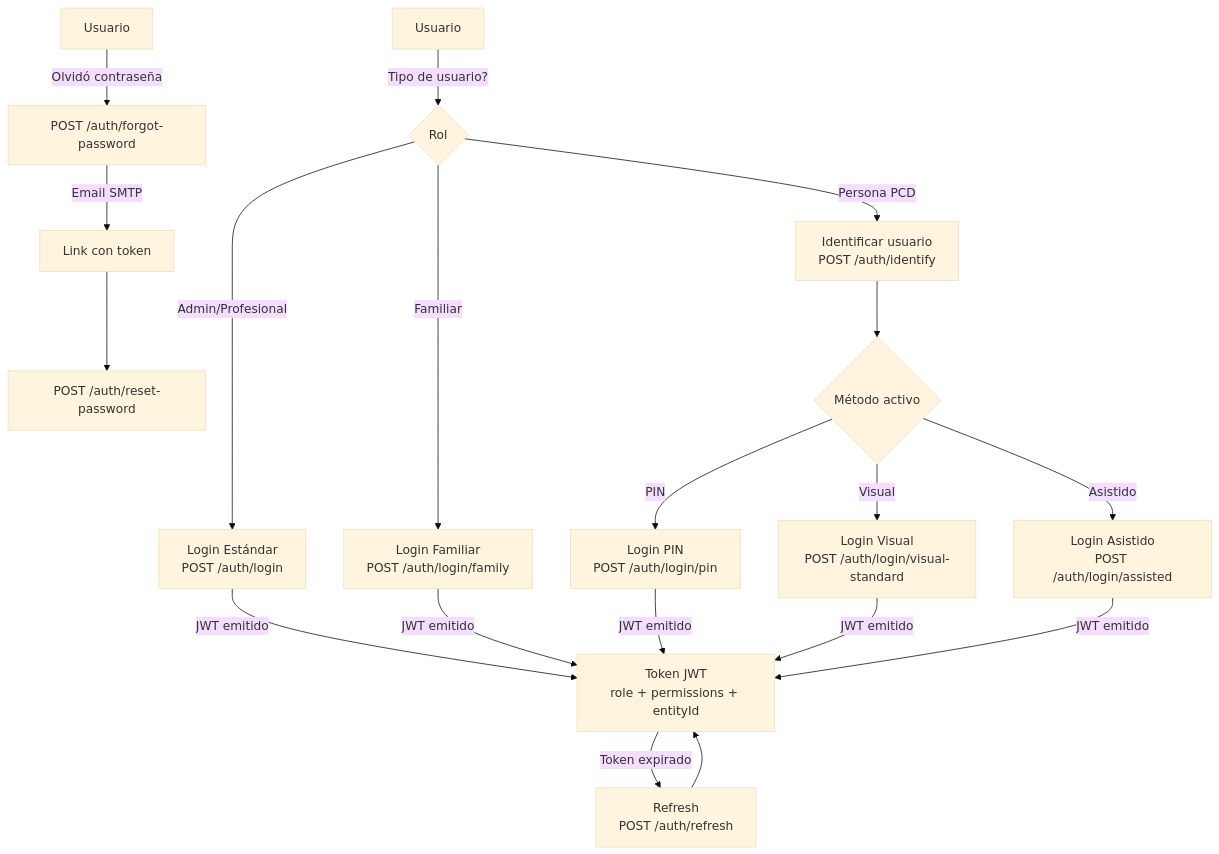
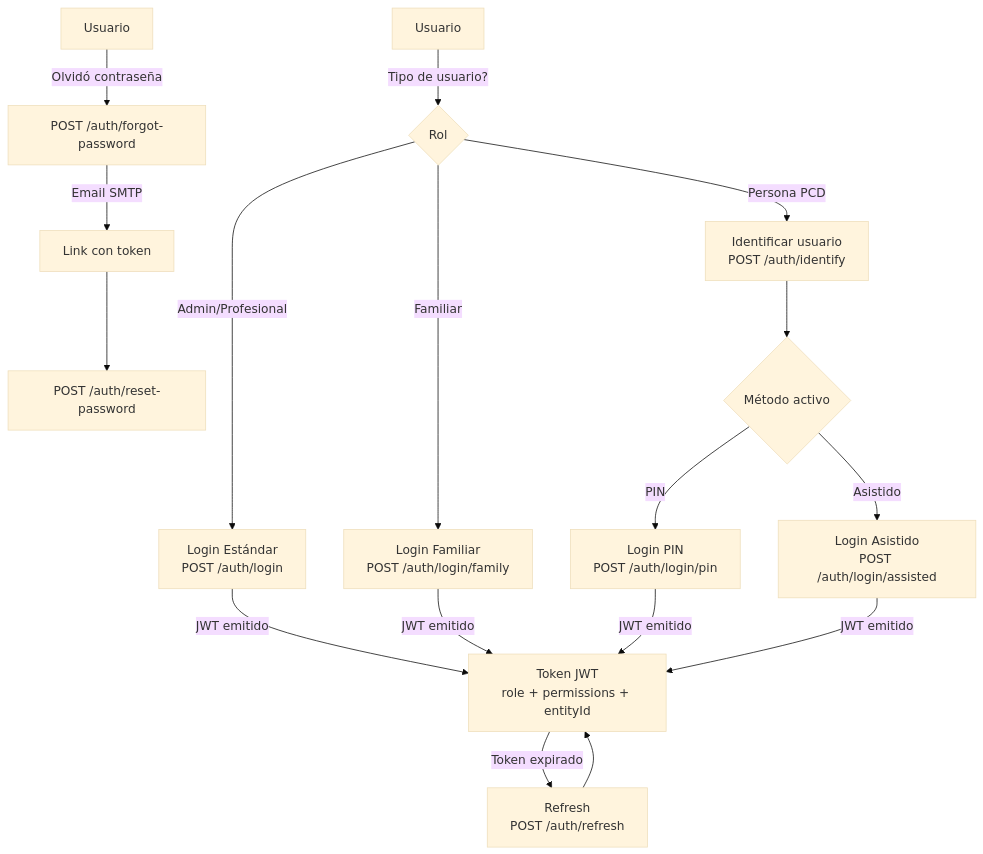
Before and after one commit to Sacha-html/InclusiON: the diagram in InclusiON.Documents/Process/02-autenticacion-registro.md, drawn with Mermaid (base theme). The commit also changed other lines of this file and 27 other files, not shown here.

````diff
--- a/InclusiON.Documents/Process/02-autenticacion-registro.md
+++ b/InclusiON.Documents/Process/02-autenticacion-registro.md
@@ -61,22 +61,21 @@
 ```mermaid
 flowchart TD
     USER[Usuario] -->|Tipo de usuario?| TIP{Rol}
 
     TIP -->|Admin/Profesional| STD[Login Estándar\nPOST /auth/login]
     TIP -->|Familiar| FAM[Login Familiar\nPOST /auth/login/family]
     TIP -->|Persona PCD| IDENT[Identificar usuario\nPOST /auth/identify]
 
     IDENT --> MET{Método activo}
     MET -->|PIN| PIN[Login PIN\nPOST /auth/login/pin]
-    MET -->|Visual| VIS[Login Visual\nPOST /auth/login/visual-standard]
     MET -->|Asistido| ASI[Login Asistido\nPOST /auth/login/assisted]
 
-    STD & FAM & PIN & VIS & ASI -->|JWT emitido| JWT[Token JWT\nrole + permissions + entityId]
+    STD & FAM & PIN & ASI -->|JWT emitido| JWT[Token JWT\nrole + permissions + entityId]
 
     JWT -->|Token expirado| REF[Refresh\nPOST /auth/refresh]
     REF --> JWT
 
     USER2[Usuario] -->|Olvidó contraseña| FORGOT[POST /auth/forgot-password]
     FORGOT -->|Email SMTP| EMAIL[Link con token]
     EMAIL --> RESET[POST /auth/reset-password]
 ```
````
